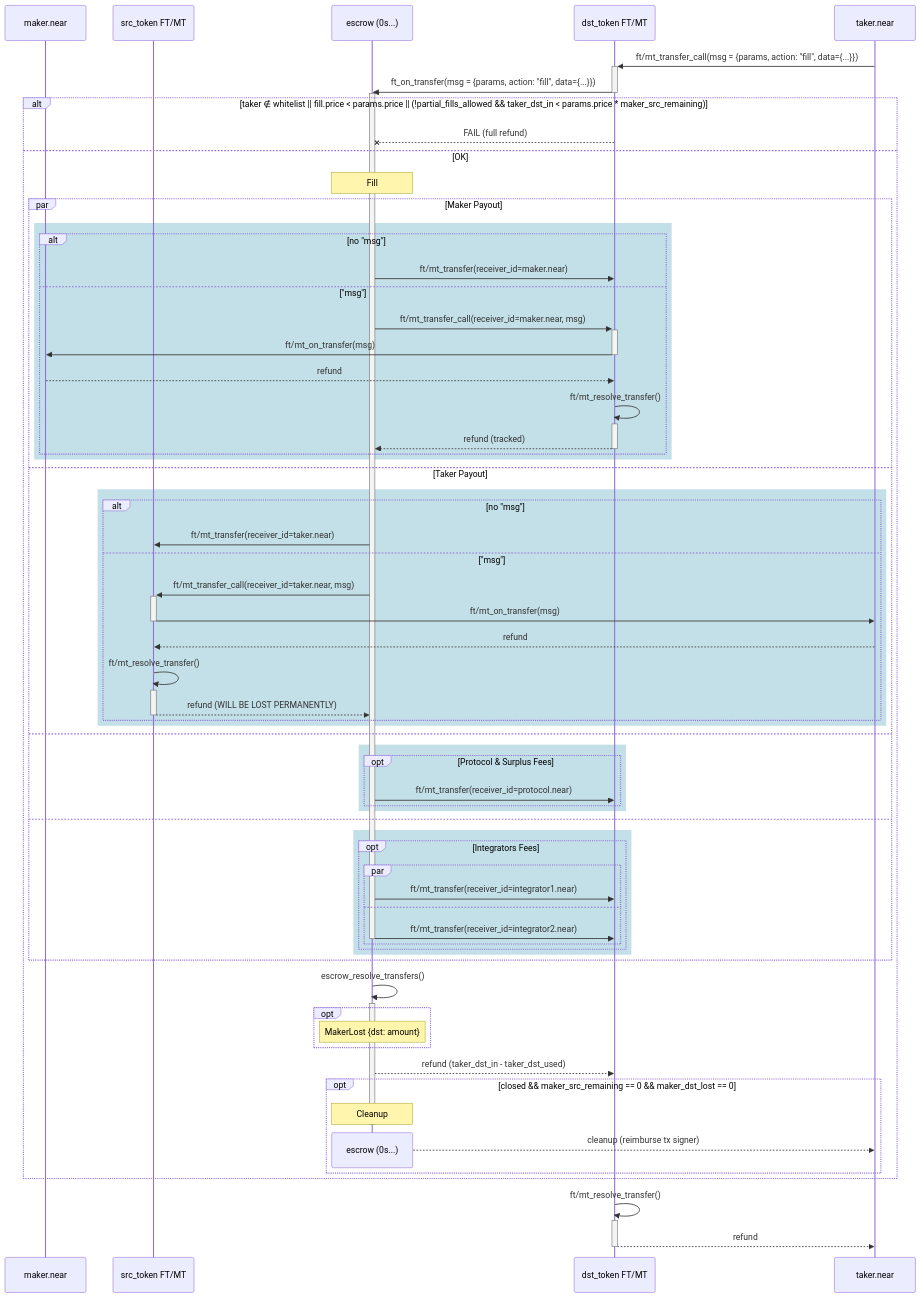
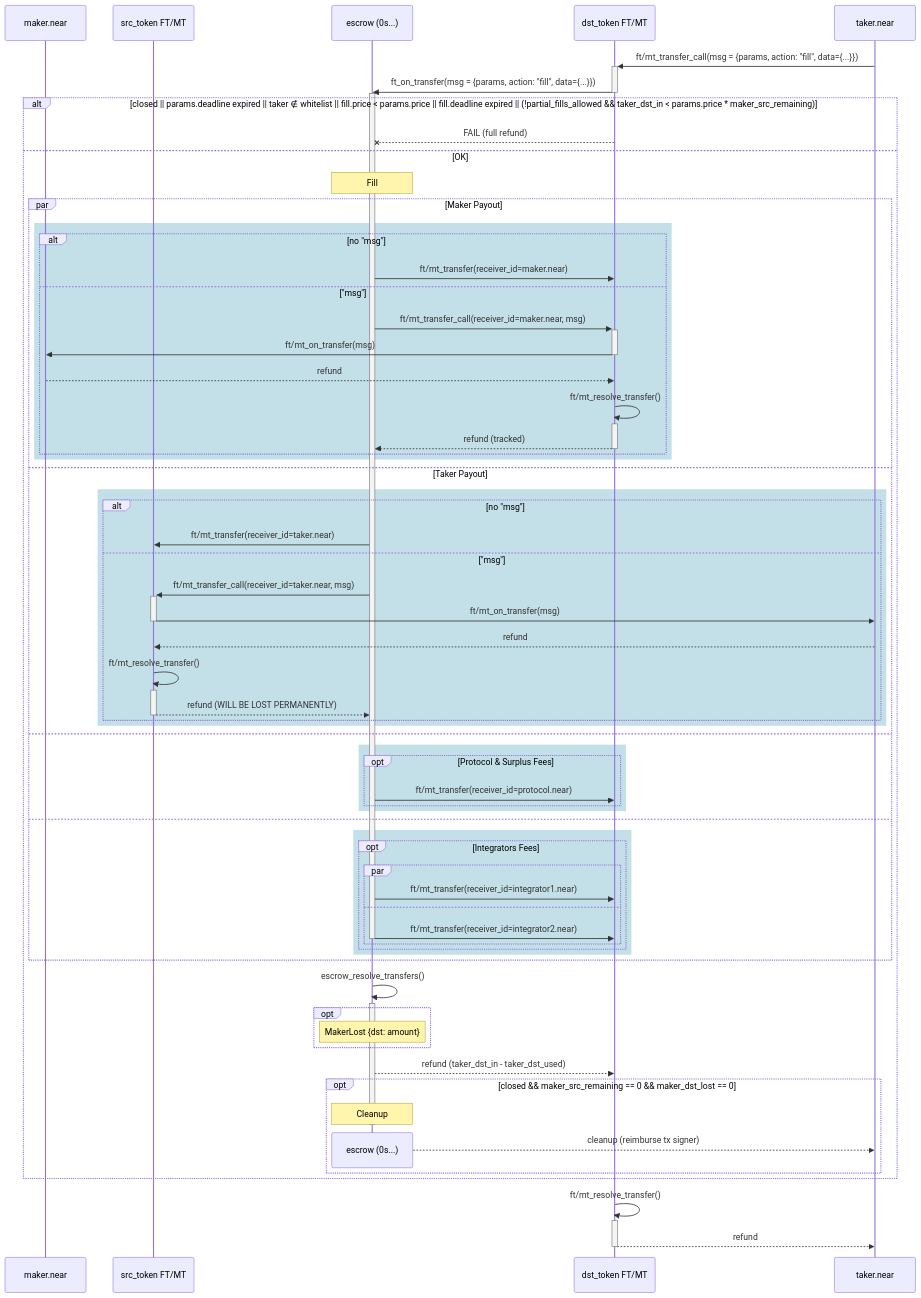
One commit to near/intents changed the second of 3 diagrams in escrow-swap/README.md. Above: the diagram before and after it, drawn with Mermaid. The commit also changed other lines of this file, not shown here.

Commit message:
docs: taker's deadline

````diff
--- a/escrow-swap/README.md
+++ b/escrow-swap/README.md
@@ -232,75 +239,75 @@
 ```mermaid
 sequenceDiagram
   participant maker as maker.near
   participant src_token as src_token FT/MT
   participant escrow as escrow (0s...)
   participant dst_token as dst_token FT/MT
   participant taker as taker.near
 
   taker->>+dst_token: ft/mt_transfer_call(msg = {params, action: "fill", data={...}})
 
   dst_token->>-escrow: ft_on_transfer(msg = {params, action: "fill", data={...}})
 
   activate escrow
-  alt taker ∉ whitelist || fill.price < params.price || (!partial_fills_allowed && taker_dst_in < params.price * maker_src_remaining)
+  alt closed || params.deadline expired || taker ∉ whitelist || fill.price < params.price || fill.deadline expired || (!partial_fills_allowed && taker_dst_in < params.price * maker_src_remaining)
     dst_token--xescrow: FAIL (full refund)
   else OK
     Note over escrow: Fill
     par Maker Payout
       rect rgba(136, 192, 208, 0.5)
         alt no "msg"
           escrow->>dst_token: ft/mt_transfer(receiver_id=maker.near)
         else "msg"
           escrow->>+dst_token: ft/mt_transfer_call(receiver_id=maker.near, msg)
           dst_token->>-maker: ft/mt_on_transfer(msg)
           maker-->>dst_token: refund
           dst_token->>+dst_token: ft/mt_resolve_transfer()
           dst_token-->>-escrow: refund (tracked)
         end
       end
     and Taker Payout
       rect rgba(136, 192, 208, 0.5)
         alt no "msg"
           escrow->>src_token: ft/mt_transfer(receiver_id=taker.near)
         else "msg"
           escrow->>+src_token: ft/mt_transfer_call(receiver_id=taker.near, msg)
           src_token->>-taker: ft/mt_on_transfer(msg)
           taker-->>src_token: refund
           src_token->>+src_token: ft/mt_resolve_transfer()
           src_token-->>escrow: refund (WILL BE LOST PERMANENTLY)
           deactivate src_token
         end
       end
     and
       rect rgba(136, 192, 208, 0.5)
         opt Protocol & Surplus Fees
           escrow->>dst_token: ft/mt_transfer(receiver_id=protocol.near)
         end
       end
     and
       rect rgba(136, 192, 208, 0.5)
         opt Integrators Fees
           par
             escrow->>dst_token: ft/mt_transfer(receiver_id=integrator1.near)
           and
             escrow->>-dst_token: ft/mt_transfer(receiver_id=integrator2.near)
           end
         end
       end
     end
     escrow->>+escrow: escrow_resolve_transfers()
     opt
       Note over escrow: MakerLost {dst: amount}
     end
     escrow-->>dst_token: refund (taker_dst_in - taker_dst_used)
     opt closed && maker_src_remaining == 0 && maker_dst_lost == 0
       Note over escrow: Cleanup
       deactivate escrow
       destroy escrow
       escrow-->>taker: cleanup (reimburse tx signer)
     end
   end
 
   dst_token->>+dst_token: ft/mt_resolve_transfer()
   dst_token-->>-taker: refund
 ```
````
